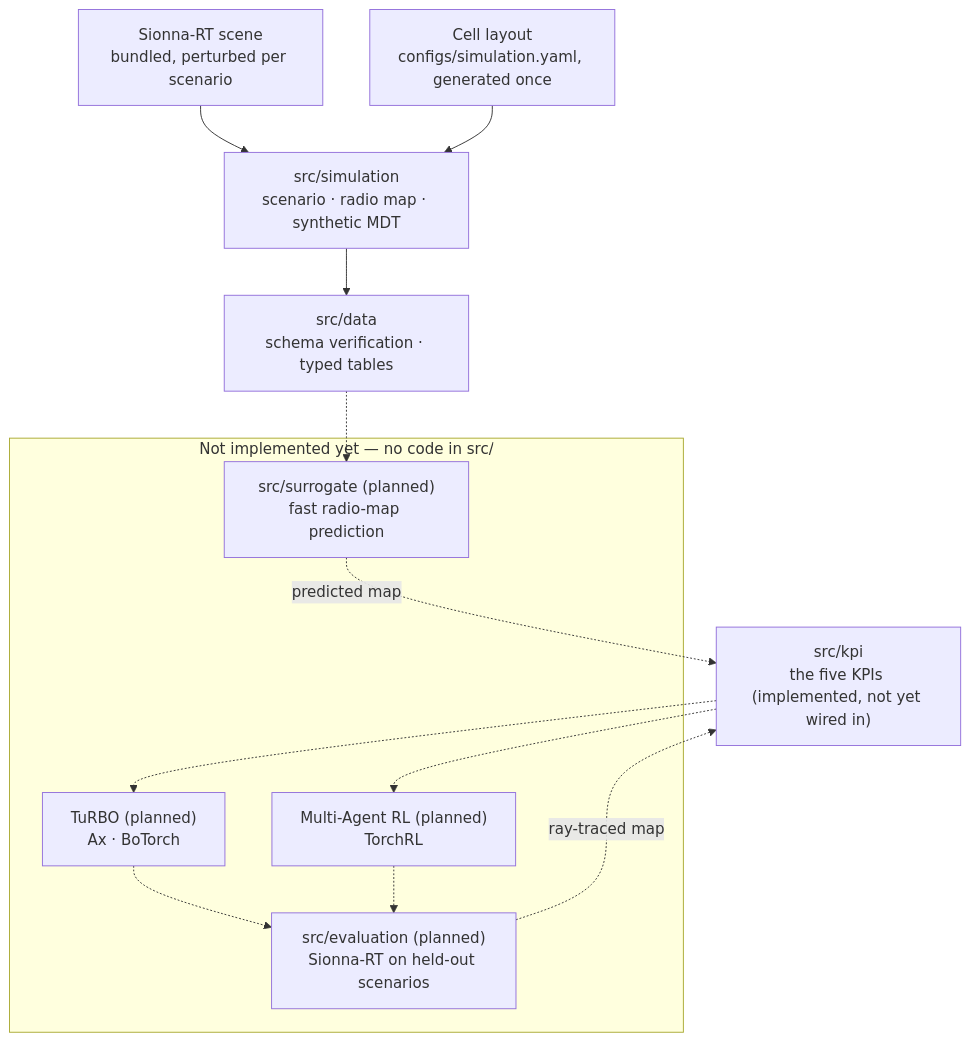
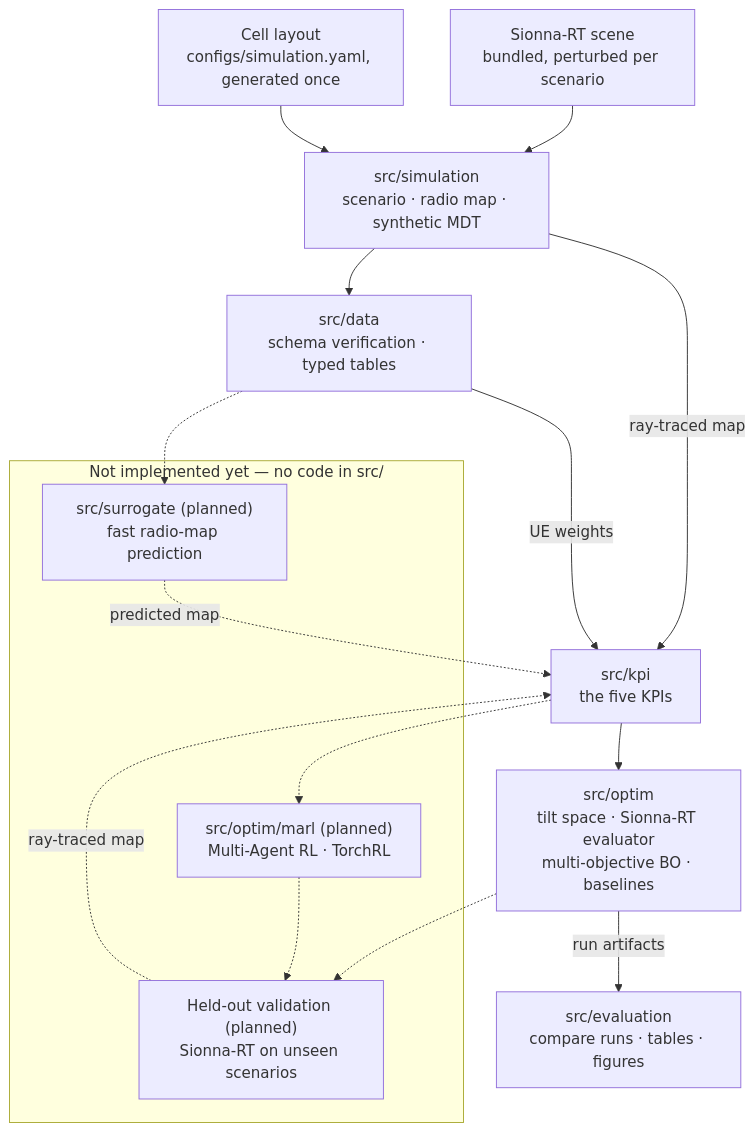
One commit to NguyenVu04/band-tilt changed the diagram in README.md. Above: the diagram before and after it, drawn with Mermaid. The commit also changed other lines of this file and 16 other files, not shown here.

Commit message:
feat: implement KPI definitions, optimization objectives, and evaluation reporting tools with accompanying tests and documentation.

````diff
--- a/README.md
+++ b/README.md
@@ -142,27 +147,31 @@
 ```mermaid
 flowchart TB
     scene["Sionna-RT scene<br/>bundled, perturbed per scenario"]
     cells["Cell layout<br/>configs/simulation.yaml, generated once"]
 
     sim["src/simulation<br/>scenario · radio map · synthetic MDT"]
     prep["src/data<br/>schema verification · typed tables"]
-    kpi["src/kpi<br/>the five KPIs (implemented, not yet wired in)"]
+    kpi["src/kpi<br/>the five KPIs"]
+    opt["src/optim<br/>tilt space · Sionna-RT evaluator<br/>multi-objective BO · baselines"]
+    rep["src/evaluation<br/>compare runs · tables · figures"]
 
     subgraph future["Not implemented yet — no code in src/"]
         sur["src/surrogate (planned)<br/>fast radio-map prediction"]
-        bo["TuRBO (planned)<br/>Ax · BoTorch"]
-        marl["Multi-Agent RL (planned)<br/>TorchRL"]
-        val["src/evaluation (planned)<br/>Sionna-RT on held-out scenarios"]
+        marl["src/optim/marl (planned)<br/>Multi-Agent RL · TorchRL"]
+        val["Held-out validation (planned)<br/>Sionna-RT on unseen scenarios"]
     end
 
     scene --> sim
     cells --> sim
     sim --> prep
+    sim -->|ray-traced map| kpi
+    prep -->|UE weights| kpi
+    kpi --> opt
+    opt -->|run artifacts| rep
     prep -.-> sur
     sur -.->|predicted map| kpi
-    kpi -.-> bo
     kpi -.-> marl
-    bo -.-> val
+    opt -.-> val
     marl -.-> val
     val -.->|ray-traced map| kpi
 ```
````
